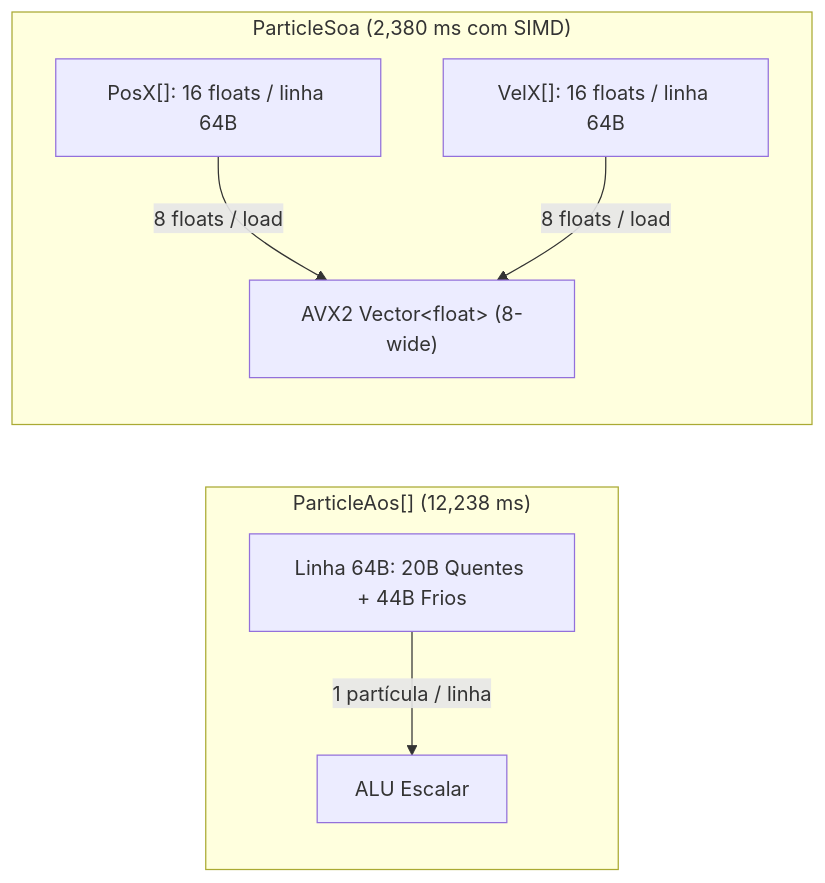
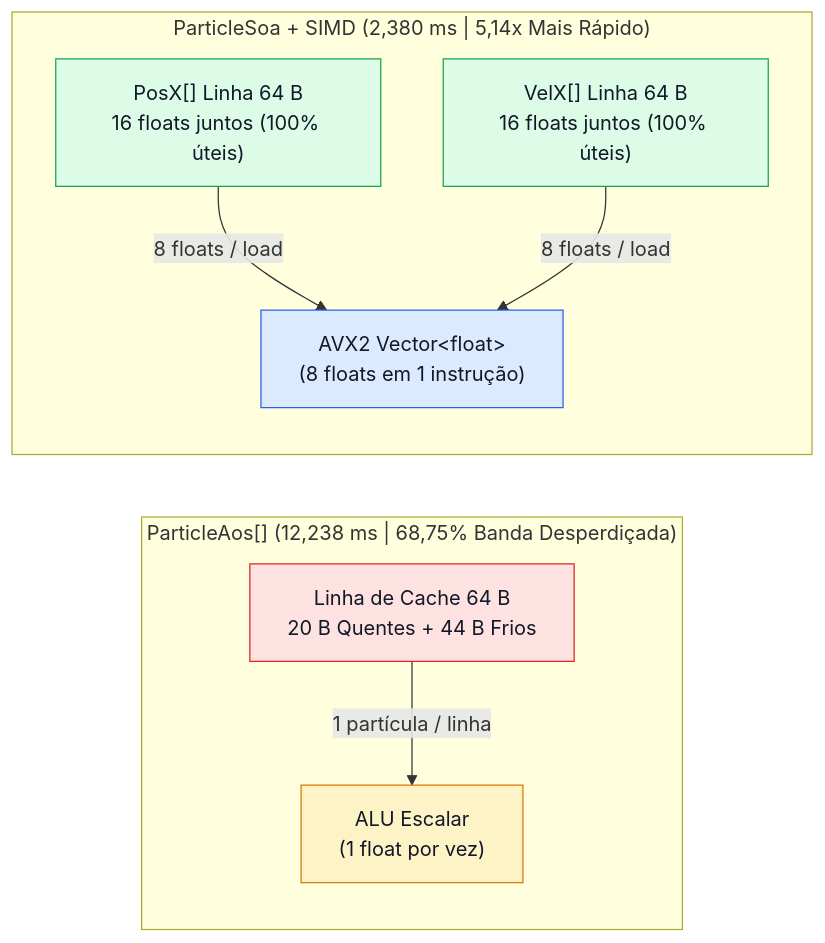
One commit to LevyArsOS/csharp-lessons changed the diagram in CSharpLessons/SoaVsAos/Tutorial/pt-br.md. Above: the diagram before and after it, drawn with Mermaid. The commit also changed 5 other files, not shown here.

First line of the commit message:
docs(tutorials): fix DelegateCaching labels and upgrade Mermaid diagrams

````diff
--- a/CSharpLessons/SoaVsAos/Tutorial/pt-br.md
+++ b/CSharpLessons/SoaVsAos/Tutorial/pt-br.md
@@ -40,10 +40,16 @@
 ```mermaid
 flowchart LR
-    subgraph AoS["ParticleAos[] (12,238 ms)"]
-        A0["Linha 64B: 20B Quentes + 44B Frios"] -->|"1 partícula / linha"| CPU1["ALU Escalar"]
+    classDef slow fill:#fee2e2,stroke:#dc2626,color:#111827
+    classDef fast fill:#dcfce7,stroke:#16a34a,color:#111827
+    classDef hw fill:#dbeafe,stroke:#2563eb,color:#111827
+    classDef warn fill:#fef3c7,stroke:#d97706,color:#111827
+
+    subgraph AoS["ParticleAos[] (12,238 ms | 68,75% Banda Desperdiçada)"]
+        A0["Linha de Cache 64 B<br/>20 B Quentes + 44 B Frios"]:::slow -->|"1 partícula / linha"| CPU1["ALU Escalar<br/>(1 float por vez)"]:::warn
     end
-    subgraph SoA["ParticleSoa (2,380 ms com SIMD)"]
-        S0["PosX[]: 16 floats / linha 64B"] -->|"8 floats / load"| SIMD["AVX2 Vector&lt;float&gt; (8-wide)"]
-        S1["VelX[]: 16 floats / linha 64B"] -->|"8 floats / load"| SIMD
+
+    subgraph SoA["ParticleSoa + SIMD (2,380 ms | 5,14x Mais Rápido)"]
+        S0["PosX[] Linha 64 B<br/>16 floats juntos (100% úteis)"]:::fast -->|"8 floats / load"| SIMD["AVX2 Vector&lt;float&gt;<br/>(8 floats em 1 instrução)"]:::hw
+        S1["VelX[] Linha 64 B<br/>16 floats juntos (100% úteis)"]:::fast -->|"8 floats / load"| SIMD
     end
 ```
````
